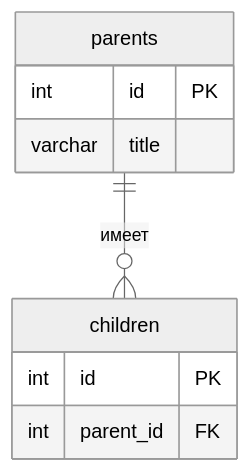
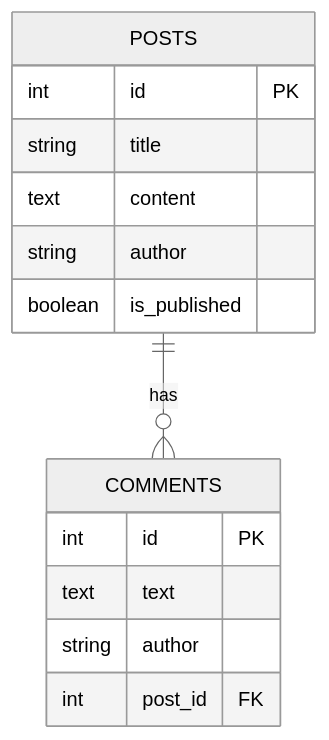
Before and after one commit to Axeniter/backend-bakhturin-blog: the diagram in README.md, drawn with Mermaid (neutral theme). The commit also changed other lines of this file, not shown here.

Commit message:
Feat: ER diagram in README

````diff
--- a/README.md
+++ b/README.md
@@ -45,12 +43,17 @@
 ```mermaid
 erDiagram
-    parents ||--o{ children : "имеет"
-    parents {
+    POSTS {
         int id PK
-        varchar title
+        string title
+        text content
+        string author
+        boolean is_published
     }
-    children {
+    COMMENTS {
         int id PK
-        int parent_id FK
+        text text
+        string author
+        int post_id FK
     }
+    POSTS ||--o{ COMMENTS : "has"
 ```
````
